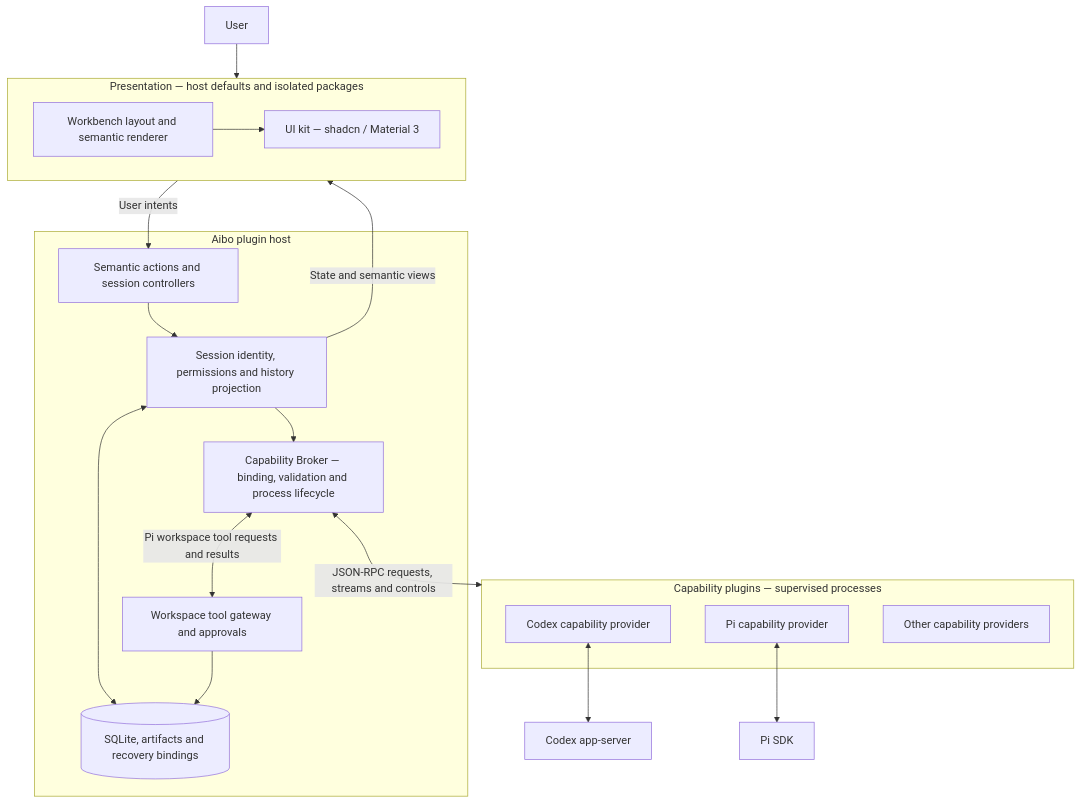
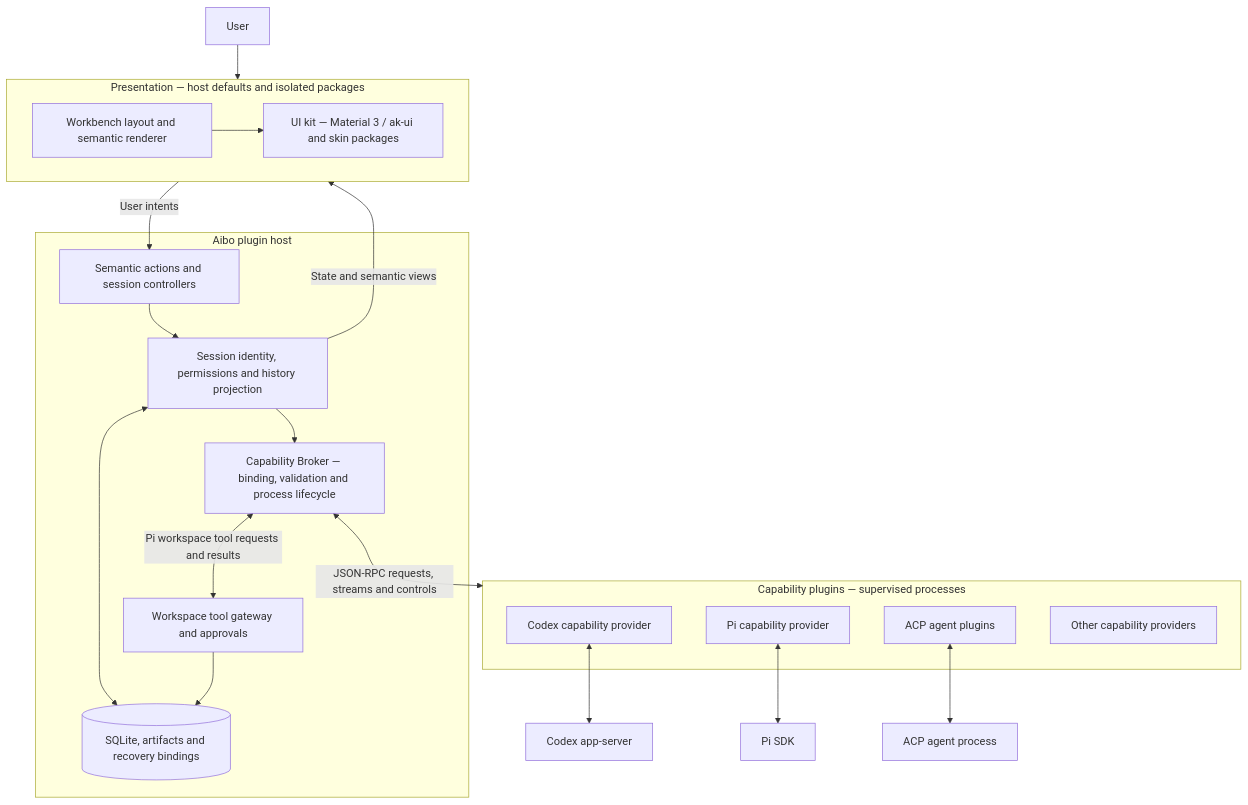
Before and after one commit to chldu2000/aibo: the diagram in README.md, drawn with Mermaid. The commit also changed other lines of this file and 43 other files, not shown here.

````diff
--- a/README.md
+++ b/README.md
@@ -24,30 +29,32 @@
 ```mermaid
 flowchart TB
     user[User] --> presentation
     subgraph presentation[Presentation — host defaults and isolated packages]
         shell[Workbench layout and semantic renderer]
-        kit[UI kit — shadcn / Material 3]
+        kit[UI kit — Material 3 / ak-ui and skin packages]
         shell --> kit
     end
     subgraph host[Aibo plugin host]
         actions[Semantic actions and session controllers]
         sessions[Session identity, permissions and history projection]
         broker[Capability Broker — binding, validation and process lifecycle]
         gateway[Workspace tool gateway and approvals]
         storage[(SQLite, artifacts and recovery bindings)]
         actions --> sessions --> broker
         sessions <--> storage
         gateway --> storage
     end
     subgraph plugins[Capability plugins — supervised processes]
         codex[Codex capability provider]
         pi[Pi capability provider]
+        acp[ACP agent plugins]
         extra[Other capability providers]
     end
     presentation -->|User intents| actions
     sessions -->|State and semantic views| presentation
     broker <-->|JSON-RPC requests, streams and controls| plugins
     broker <-->|Pi workspace tool requests and results| gateway
     codex <--> native[Codex app-server]
     pi <--> sdk[Pi SDK]
+    acp <--> agent[ACP agent process]
 ```
````
